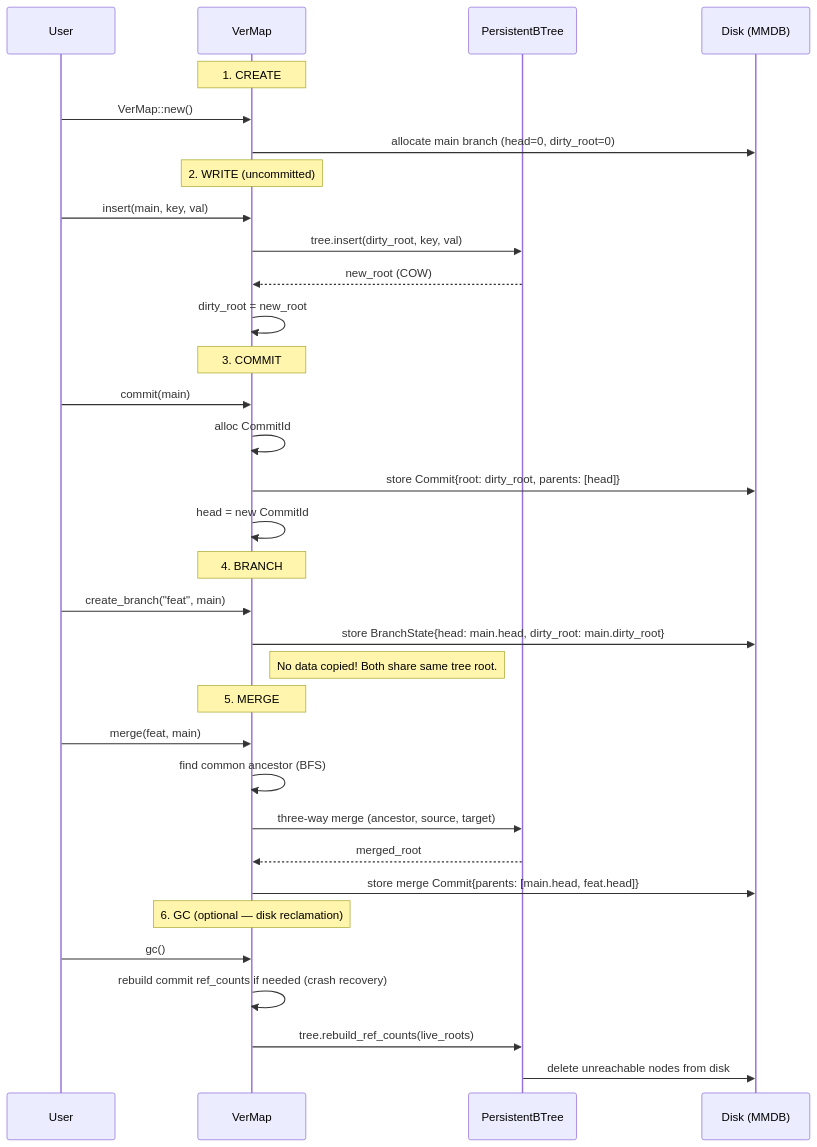
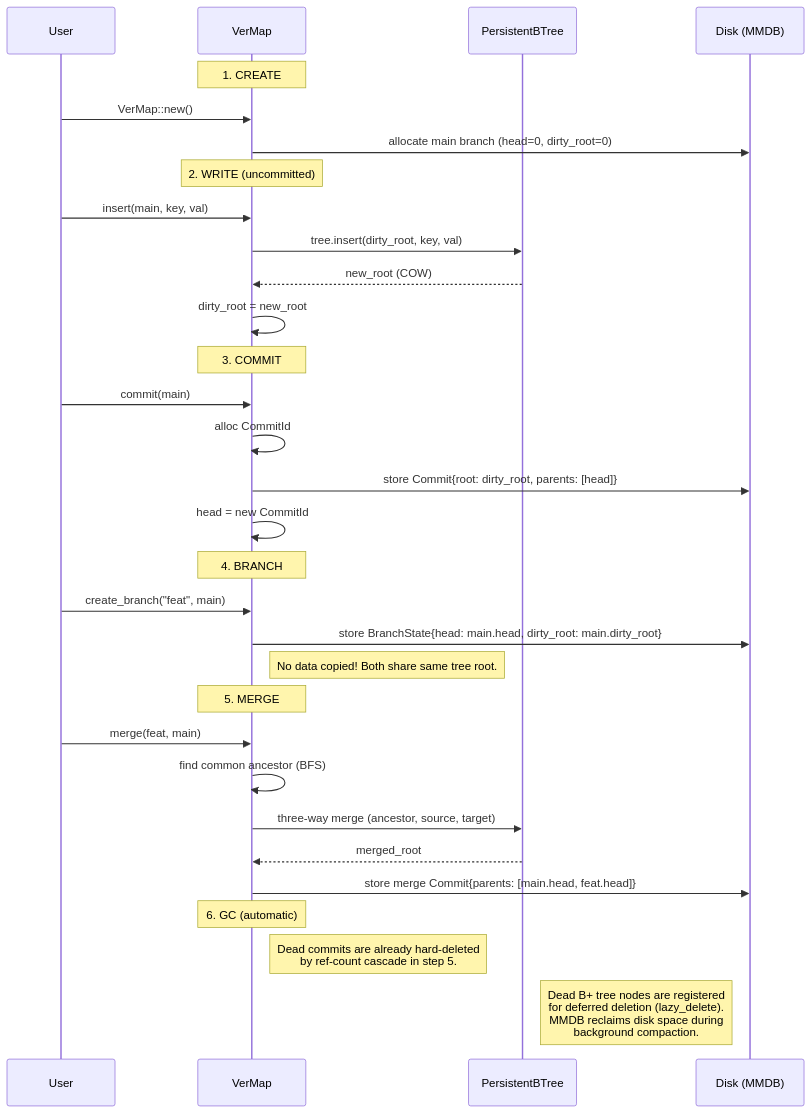
Before and after one commit to rust-util-collections/vsdb: the fifth of 18 diagrams in strata/docs/versioned.md, drawn with Mermaid. The commit also changed other lines of this file and 6 other files, not shown here.

First line of the commit message:
feat(btree): wire lazy_delete into release_node for automatic disk reclamation

````diff
--- a/strata/docs/versioned.md
+++ b/strata/docs/versioned.md
@@ -153,41 +152,39 @@
 ```mermaid
 sequenceDiagram
     participant U as User
     participant V as VerMap
     participant T as PersistentBTree
     participant D as Disk (MMDB)
 
     Note over V: 1. CREATE
     U->>V: VerMap::new()
     V->>D: allocate main branch (head=0, dirty_root=0)
 
     Note over V: 2. WRITE (uncommitted)
     U->>V: insert(main, key, val)
     V->>T: tree.insert(dirty_root, key, val)
     T-->>V: new_root (COW)
     V->>V: dirty_root = new_root
 
     Note over V: 3. COMMIT
     U->>V: commit(main)
     V->>V: alloc CommitId
     V->>D: store Commit{root: dirty_root, parents: [head]}
     V->>V: head = new CommitId
 
     Note over V: 4. BRANCH
     U->>V: create_branch("feat", main)
     V->>D: store BranchState{head: main.head, dirty_root: main.dirty_root}
     Note right of V: No data copied! Both share same tree root.
 
     Note over V: 5. MERGE
     U->>V: merge(feat, main)
     V->>V: find common ancestor (BFS)
     V->>T: three-way merge (ancestor, source, target)
     T-->>V: merged_root
     V->>D: store merge Commit{parents: [main.head, feat.head]}
 
-    Note over V: 6. GC (optional — disk reclamation)
-    U->>V: gc()
-    V->>V: rebuild commit ref_counts if needed (crash recovery)
-    V->>T: tree.rebuild_ref_counts(live_roots)
-    T->>D: delete unreachable nodes from disk
+    Note over V: 6. GC (automatic)
+    Note right of V: Dead commits are already hard-deleted<br/>by ref-count cascade in step 5.
+    Note right of T: Dead B+ tree nodes are registered<br/>for deferred deletion (lazy_delete).<br/>MMDB reclaims disk space during<br/>background compaction.
 ```
````
